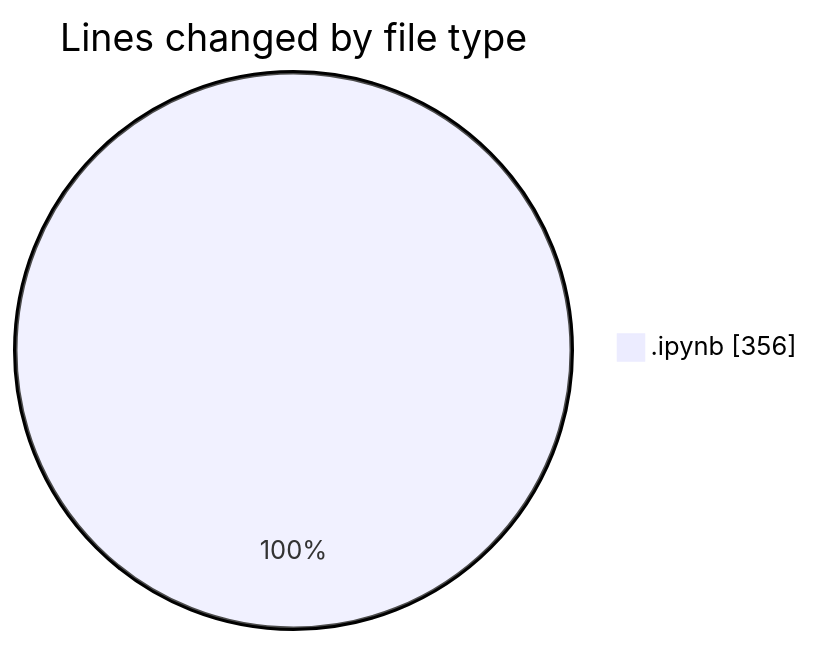
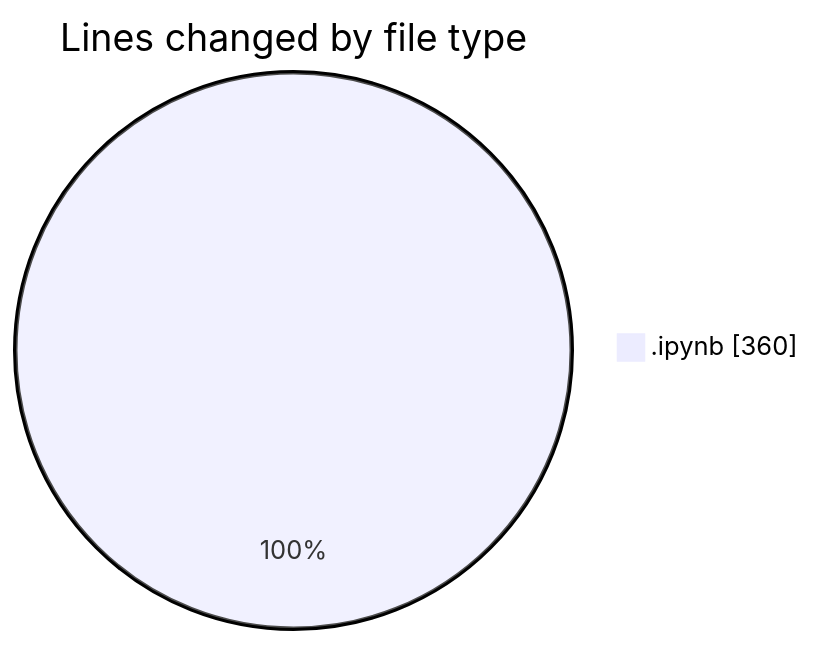
Before and after one commit to idhammustaqopulfikri/code-tracking: the first of 2 diagrams in 2025-10-13/mencoba/README.md, drawn with Mermaid. The commit also changed other lines of this file and 1 other file, not shown here.

````diff
--- a/2025-10-13/mencoba/README.md
+++ b/2025-10-13/mencoba/README.md
@@ -20,5 +20,5 @@
 ```mermaid
 pie showData
 title Lines changed by file type
-".ipynb" : 356
+".ipynb" : 360
 ```
````
